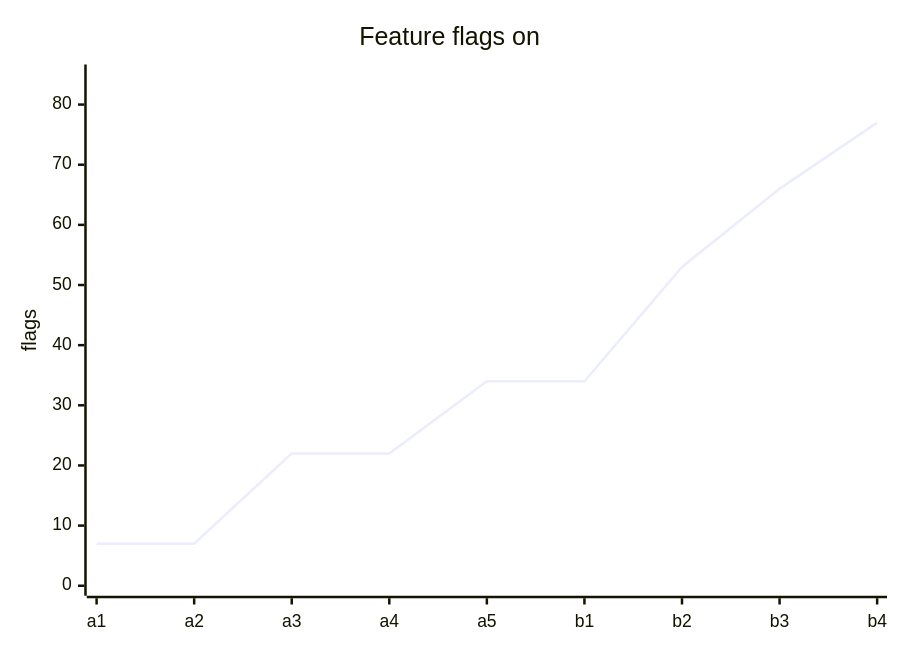
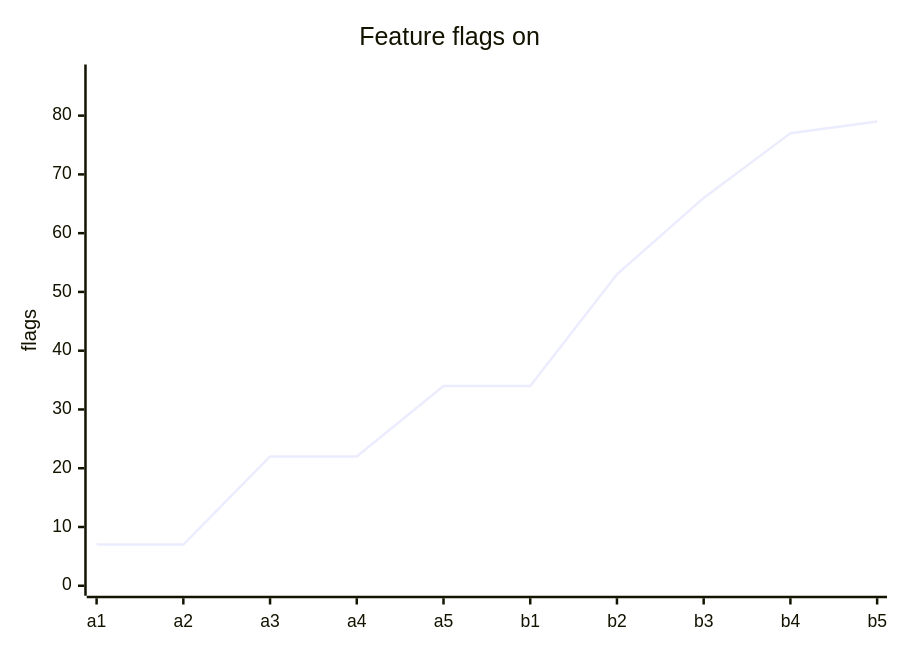
The first of 2 diagrams in docs/RELEASE_HISTORY.md (benny-vanbelle-vandeput-be/django-db2-for-i), drawn with Mermaid before and after one commit. The commit also changed other lines of this file and 16 other files, not shown here.

````diff
--- a/docs/RELEASE_HISTORY.md
+++ b/docs/RELEASE_HISTORY.md
@@ -37,7 +38,7 @@
 ```mermaid
 xychart-beta
     title "Feature flags on"
-    x-axis [a1, a2, a3, a4, a5, b1, b2, b3, b4]
-    y-axis "flags" 0 --> 85
-    line [7, 7, 22, 22, 34, 34, 53, 66, 77]
+    x-axis [a1, a2, a3, a4, a5, b1, b2, b3, b4, b5]
+    y-axis "flags" 0 --> 87
+    line [7, 7, 22, 22, 34, 34, 53, 66, 77, 79]
 ```
````
